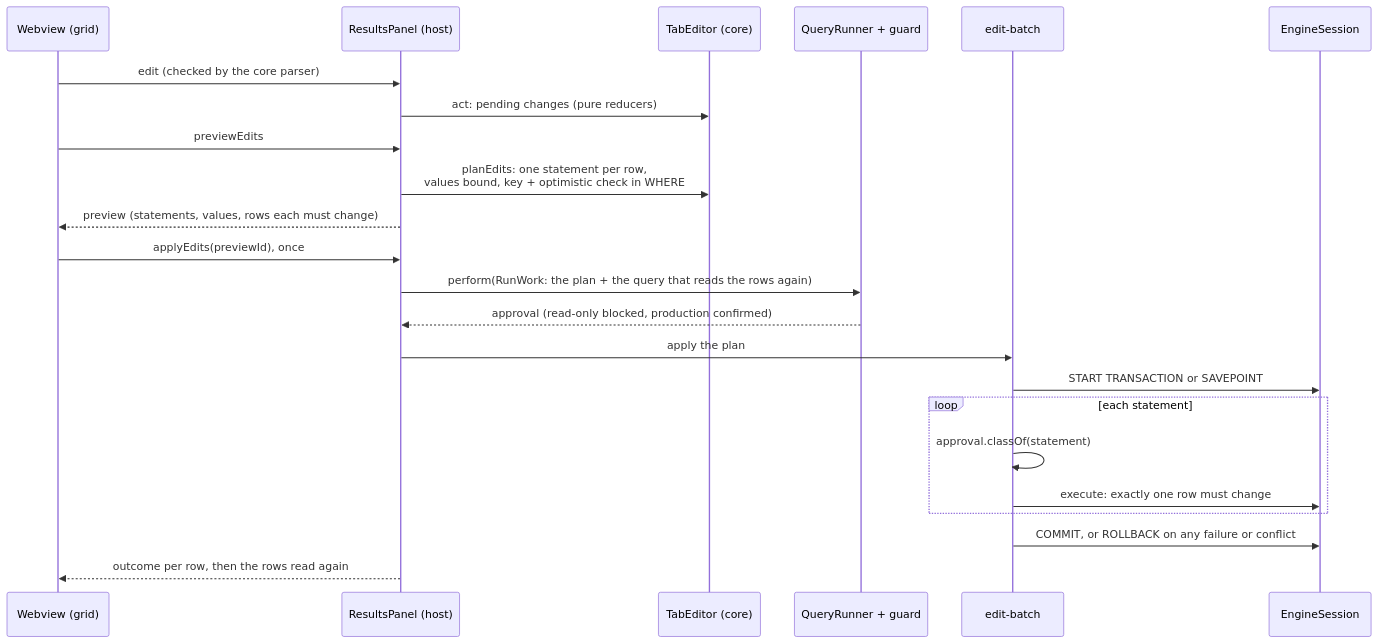
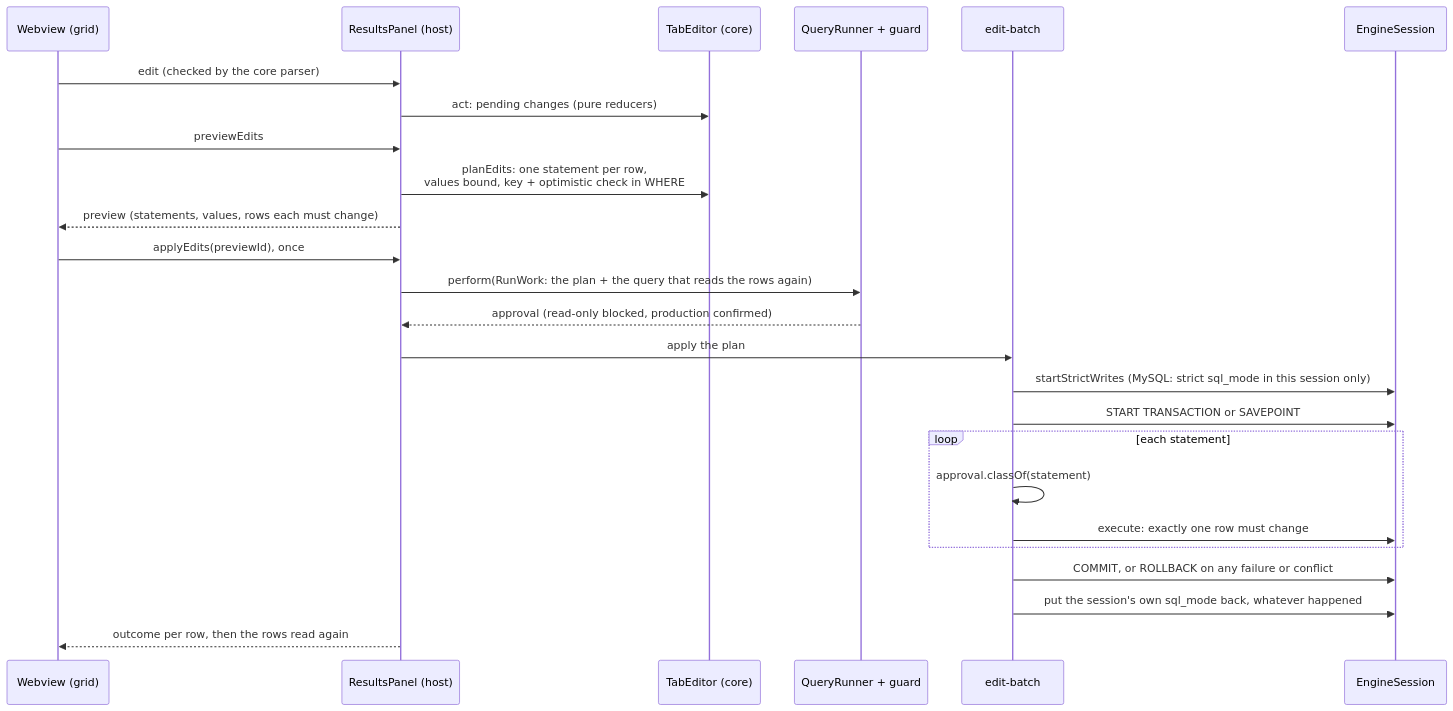
Before and after one commit to mathmed/sqldoro: the fourth of 5 diagrams in docs/ARCHITECTURE.md, drawn with Mermaid. The commit also changed other lines of this file and 38 other files, not shown here.

First line of the commit message:
fix: turn MySQL strict mode on for the apply of edits only; feat: toolbar tooltips (#26)

````diff
--- a/docs/ARCHITECTURE.md
+++ b/docs/ARCHITECTURE.md
@@ -109,25 +111,27 @@
 ```mermaid
 sequenceDiagram
   participant W as Webview (grid)
   participant P as ResultsPanel (host)
   participant E as TabEditor (core)
   participant Q as QueryRunner + guard
   participant B as edit-batch
   participant S as EngineSession
   W->>P: edit (checked by the core parser)
   P->>E: act: pending changes (pure reducers)
   W->>P: previewEdits
   P->>E: planEdits: one statement per row,<br/>values bound, key + optimistic check in WHERE
   P-->>W: preview (statements, values, rows each must change)
   W->>P: applyEdits(previewId), once
   P->>Q: perform(RunWork: the plan + the query that reads the rows again)
   Q-->>P: approval (read-only blocked, production confirmed)
   P->>B: apply the plan
+  B->>S: startStrictWrites (MySQL: strict sql_mode in this session only)
   B->>S: START TRANSACTION or SAVEPOINT
   loop each statement
     B->>B: approval.classOf(statement)
     B->>S: execute: exactly one row must change
   end
   B->>S: COMMIT, or ROLLBACK on any failure or conflict
+  B->>S: put the session's own sql_mode back, whatever happened
   P-->>W: outcome per row, then the rows read again
 ```
````
